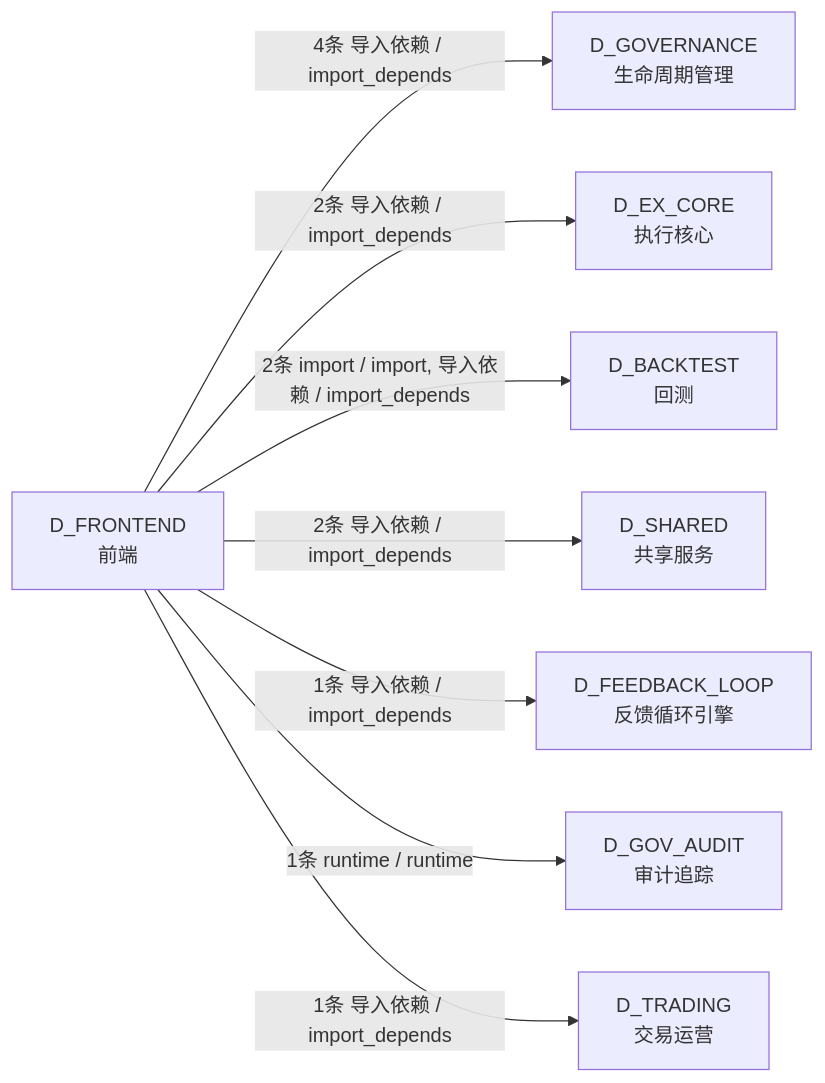
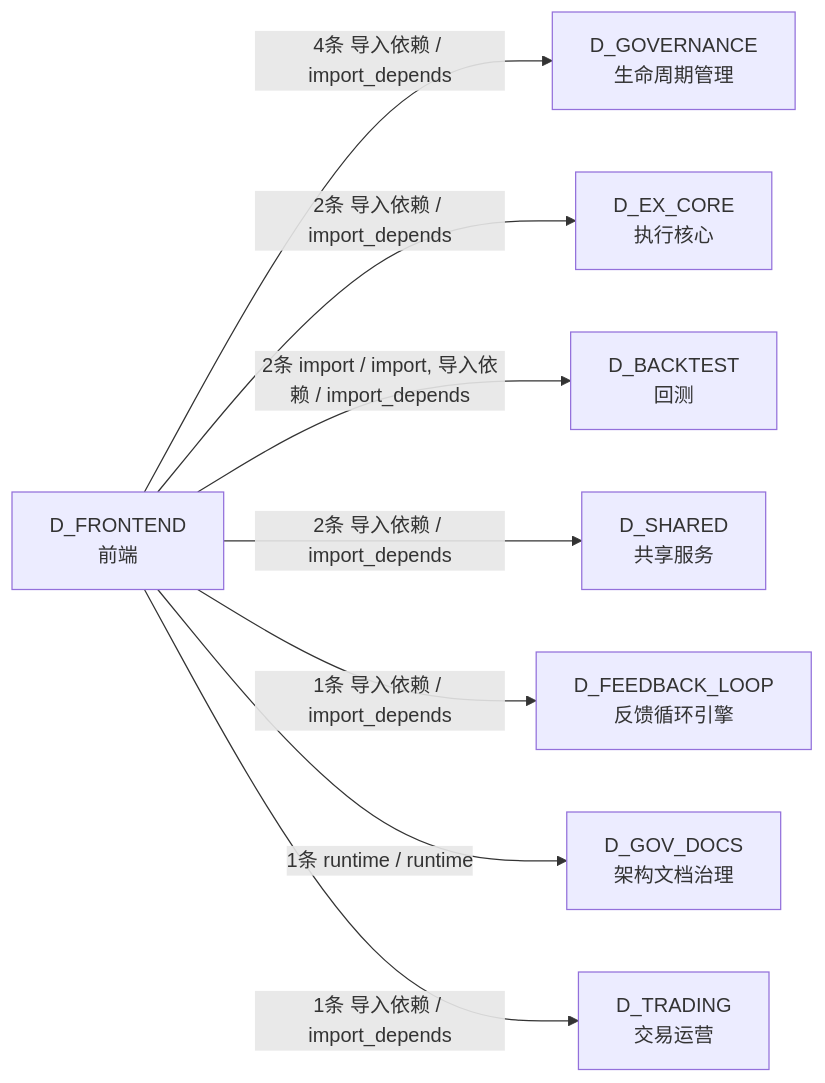
One commit to xuanFelixVan/ZephyrAlpha changed the fifth of 5 diagrams in docs/02_enterprise_architecture/02_domain_architecture_docs/15_d_frontend.md. Above: the diagram before and after it, drawn with Mermaid. The commit also changed other lines of this file and 125 other files, not shown here.

````diff
--- a/docs/02_enterprise_architecture/02_domain_architecture_docs/15_d_frontend.md
+++ b/docs/02_enterprise_architecture/02_domain_architecture_docs/15_d_frontend.md
@@ -291,18 +290,18 @@
 ```mermaid
 graph LR
     D_FRONTEND["D_FRONTEND<br/>前端"]
     D_GOVERNANCE["D_GOVERNANCE<br/>生命周期管理"]
     D_EX_CORE["D_EX_CORE<br/>执行核心"]
     D_BACKTEST["D_BACKTEST<br/>回测"]
     D_SHARED["D_SHARED<br/>共享服务"]
     D_FEEDBACK_LOOP["D_FEEDBACK_LOOP<br/>反馈循环引擎"]
-    D_GOV_AUDIT["D_GOV_AUDIT<br/>审计追踪"]
+    D_GOV_DOCS["D_GOV_DOCS<br/>架构文档治理"]
     D_TRADING["D_TRADING<br/>交易运营"]
     D_FRONTEND -->|4条 导入依赖 / import_depends| D_GOVERNANCE
     D_FRONTEND -->|2条 导入依赖 / import_depends| D_EX_CORE
     D_FRONTEND -->|2条 import / import, 导入依赖 / import_depends| D_BACKTEST
     D_FRONTEND -->|2条 导入依赖 / import_depends| D_SHARED
     D_FRONTEND -->|1条 导入依赖 / import_depends| D_FEEDBACK_LOOP
-    D_FRONTEND -->|1条 runtime / runtime| D_GOV_AUDIT
+    D_FRONTEND -->|1条 runtime / runtime| D_GOV_DOCS
     D_FRONTEND -->|1条 导入依赖 / import_depends| D_TRADING
 ```
````
